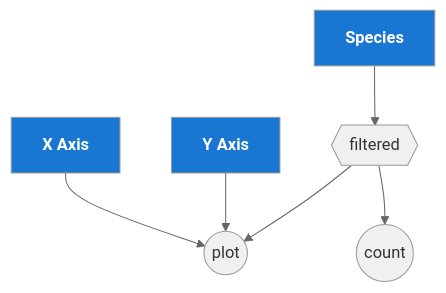
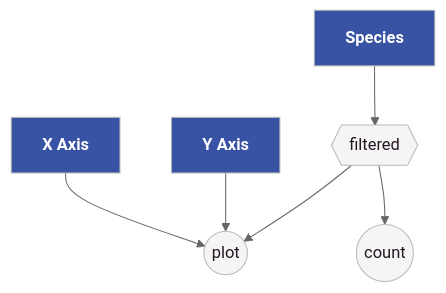
Before and after one commit to chendaniely/scipy-2026-shiny: the fourth of 8 diagrams in website/slides/04-reactivity.qmd, drawn with Mermaid (neutral theme). The commit also changed other lines of this file and 51 other files, not shown here.

````diff
--- a/website/slides/04-reactivity.qmd
+++ b/website/slides/04-reactivity.qmd
@@ -134,13 +134,13 @@
 ```{mermaid}
 %%| fig-width: 4
 flowchart TD
   Sp[Species]:::active --> Fi{{filtered}}
   X[X Axis]:::active --> Pl((plot))
   Y[Y Axis]:::active --> Pl
   Fi --> Pl
   Fi --> Co((count))
 
-  classDef default fill:#f0f0f0,color:#333333,stroke:#999999
-  classDef active fill:#1976D2,color:#FFFFFF,font-weight:bold
-  classDef invalid fill:#D32F2F,color:#FFFFFF,font-weight:bold
+  classDef default fill:#F5F5F5,color:#231522,stroke:#B8B8B8
+  classDef active fill:#3853A3,color:#FFFFFF,font-weight:bold
+  classDef invalid fill:#EA1F26,color:#FFFFFF,font-weight:bold
 ```
````
